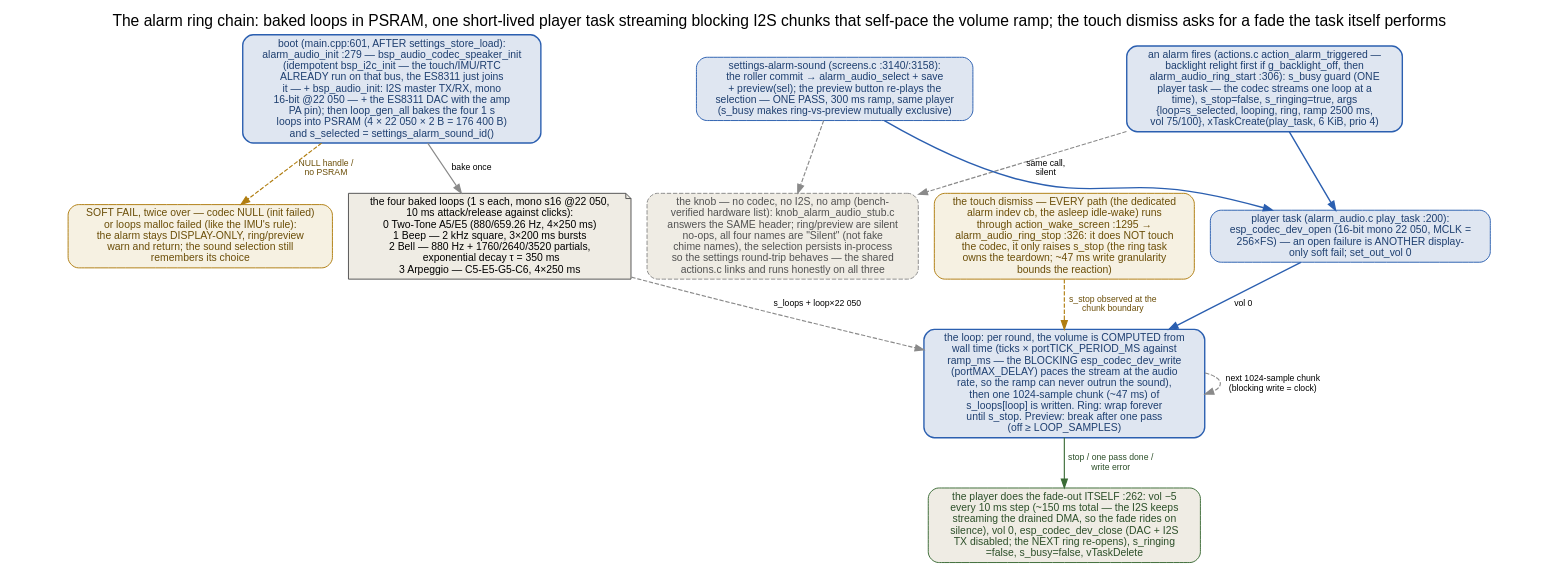
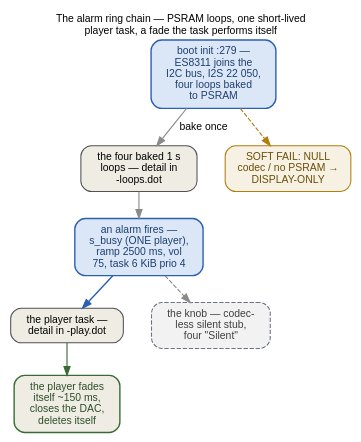
One commit to ukos-git/moon-clock-esp changed the diagram in docs/_graphs/alarm-audio.dot. Above: the diagram before and after it, drawn with Graphviz. The commit also changed 36 other files, not shown here.

First line of the commit message:
docs: sibling B13 completion snapshot — the packed small set rebuilt, closing the graph atlas

```diff
--- a/docs/_graphs/alarm-audio.dot
+++ b/docs/_graphs/alarm-audio.dot
@@ -1,63 +1,58 @@
-// The alarm ring chain (both AMOLED clocks; docs/ui/alarm.rst): the ES8311
-// codec + speaker amp behind bsp_audio_codec_speaker_init, the four baked
-// loops, the short-lived player task, the touch dismiss fade. Every edge
-// verified in components/ui/alarm_audio.c (:200 player, :279 init, :306
-// ring_start, :326 ring_stop, :333 preview), components/ui/actions.c
-// (action_alarm_triggered :1109, action_wake_screen :1295) and
-// components/ui/screens.c (the sound screen :3140-3160). The knob has no
-// codec at all: knob/components/knob_ui/knob_alarm_audio_stub.c answers the
-// same header with silent no-ops and four honest "Silent" names.
+// The alarm ring chain (both AMOLED clocks; docs/ui/alarm.rst) —
+// black-box view: baked loops in PSRAM, one short-lived player task
+// streaming blocking I2S chunks that self-pace the volume ramp; the
+// touch dismiss asks for a fade the task itself performs. Every edge
+// verified in components/ui/alarm_audio.c (:200 player, :279 init,
+// :306 ring_start, :326 ring_stop, :333 preview), components/ui/
+// actions.c (action_alarm_triggered :1109, action_wake_screen :1295)
+// and components/ui/screens.c (the sound screen :3140-3160). Boot:
+// main.cpp:601, AFTER settings_store_load — bsp_audio_codec_speaker_init
+// (idempotent bsp_i2c_init — the touch/IMU/RTC ALREADY run on that bus,
+// the ES8311 just joins it — + bsp_audio_init: I2S master TX/RX, mono
+// 16-bit @22 050 + the ES8311 DAC with the amp PA pin); loop_gen_all
+// bakes the four 1 s loops into PSRAM (4 x 22 050 x 2 B = 176 400 B)
+// and s_selected = settings_alarm_sound_id(). SOFT FAIL twice over —
+// codec NULL or loops malloc failed (the IMU's rule): the alarm stays
+// DISPLAY-ONLY, ring/preview warn and return, the sound selection still
+// remembers its choice. The knob has no codec at all:
+// knob/components/knob_ui/knob_alarm_audio_stub.c answers the same
+// header with silent no-ops and four honest "Silent" names. Details:
+// alarm-audio-loops.dot (the four loops) and alarm-audio-play.dot
+// (the player task + dismiss fade).
+// FONTS: 12 pt = the page's 16 px body text at 1:1 — kept inside the
+// content column.
 // Rendered inline as SVG by sphinx.ext.graphviz (dot on PATH).
 digraph alarm_audio {
-    label="The alarm ring chain: baked loops in PSRAM, one short-lived player task streaming blocking I2S chunks that self-pace the volume ramp; the touch dismiss asks for a fade the task itself performs";
-    labelloc="t";
-    fontname="Helvetica"; fontsize=18;
-    node [fontname="Helvetica", fontsize=12, style="rounded,filled",
-          shape=box, width=1.8, height=0.5,
-          fillcolor="#f2f2ef", color="#525252", penwidth=1.1];
-    edge [fontname="Helvetica", fontsize=10, color="#8a8a8a", penwidth=1.3];
+    rankdir=TB;
+    label="The alarm ring chain — PSRAM loops, one short-lived\nplayer task, a fade the task performs itself";
+    labelloc="t"; labeljust="c";
+    fontname="Helvetica"; fontsize=12;
+    graph [nodesep=0.45, ranksep=0.42];
+    node [fontname="Helvetica", fontsize=12, shape=box, style="rounded,filled",
+          width=0, height=0, margin="0.16,0.10", fillcolor="#f2f2ef",
+          color="#525252", penwidth=1.2];
+    edge [fontname="Helvetica", fontsize=12, color="#8a8a8a", penwidth=1.3];
 
-    boot_init [label="boot (main.cpp:601, AFTER settings_store_load):\nalarm_audio_init :279 — bsp_audio_codec_speaker_init\n(idempotent bsp_i2c_init — the touch/IMU/RTC\nALREADY run on that bus, the ES8311 just joins\nit — + bsp_audio_init: I2S master TX/RX, mono\n16-bit @22 050 — + the ES8311 DAC with the amp\nPA pin); then loop_gen_all bakes the four 1 s\nloops into PSRAM (4 × 22 050 × 2 B = 176 400 B)\nand s_selected = settings_alarm_sound_id()",
-                fillcolor="#dfe6f1", color="#2b5fb0", fontcolor="#1e3f70", penwidth=1.6];
+    init [label="boot init :279 —\nES8311 joins the\nI2C bus, I2S 22 050,\nfour loops baked\nto PSRAM",
+          fillcolor="#dbe7f6", color="#2b5fb0", fontcolor="#1e3f70", penwidth=1.6];
+    loops [label="the four baked 1 s\nloops — detail in\n-loops.dot",
+           fillcolor="#efece4"];
+    ring [label="an alarm fires —\ns_busy (ONE player),\nramp 2500 ms, vol\n75, task 6 KiB prio 4",
+          fillcolor="#dbe7f6", color="#2b5fb0", fontcolor="#1e3f70", penwidth=1.6];
+    play [label="the player task —\ndetail in -play.dot",
+          fillcolor="#efece4"];
+    fade [label="the player fades\nitself ~150 ms,\ncloses the DAC,\ndeletes itself",
+          fillcolor="#efece4", color="#3a6b35", fontcolor="#2c4f29", penwidth=1.6];
+    softfail [label="SOFT FAIL: NULL\ncodec / no PSRAM →\nDISPLAY-ONLY",
+              fillcolor="#f6f1e2", color="#b07d10", fontcolor="#6b4e08"];
+    knob [label="the knob — codec-\nless silent stub,\nfour \"Silent\"",
+          style="rounded,filled,dashed", fillcolor="#f2f2f2", color="#6b7280",
+          fontcolor="#3f3f3f"];
 
-    soft_fail [label="SOFT FAIL, twice over — codec NULL (init failed)\nor loops malloc failed (like the IMU's rule):\nthe alarm stays DISPLAY-ONLY, ring/preview\nwarn and return; the sound selection still\nremembers its choice",
-                  fillcolor="#f6f1e2", color="#b07d10", fontcolor="#6b4e08"];
-
-    loops [label="the four baked loops (1 s each, mono s16 @22 050,\n10 ms attack/release against clicks):\n0 Two-Tone A5/E5 (880/659.26 Hz, 4×250 ms)\n1 Beep — 2 kHz square, 3×200 ms bursts\n2 Bell — 880 Hz + 1760/2640/3520 partials,\n  exponential decay τ = 350 ms\n3 Arpeggio — C5-E5-G5-C6, 4×250 ms",
-             shape=note, fillcolor="#efece4"];
-
-    ring [label="an alarm fires (actions.c action_alarm_triggered —\nbacklight relight first if g_backlight_off, then\nalarm_audio_ring_start :306): s_busy guard (ONE\nplayer task — the codec streams one loop at a\ntime), s_stop=false, s_ringing=true, args\n{loop=s_selected, looping, ring, ramp 2500 ms,\nvol 75/100}, xTaskCreate(play_task, 6 KiB, prio 4)",
-           fillcolor="#dfe6f1", color="#2b5fb0", fontcolor="#1e3f70", penwidth=1.6];
-
-    preview [label="settings-alarm-sound (screens.c :3140/:3158):\nthe roller commit → alarm_audio_select + save\n+ preview(sel); the preview button re-plays the\nselection — ONE PASS, 300 ms ramp, same player\n(s_busy makes ring-vs-preview mutually exclusive)",
-                 fillcolor="#dfe6f1", color="#2b5fb0", fontcolor="#1e3f70"];
-
-    open [label="player task (alarm_audio.c play_task :200):\nesp_codec_dev_open (16-bit mono 22 050, MCLK =\n256×FS) — an open failure is ANOTHER display-\nonly soft fail; set_out_vol 0",
-          fillcolor="#dfe6f1", color="#2b5fb0", fontcolor="#1e3f70"];
-
-    stream [label="the loop: per round, the volume is COMPUTED from\nwall time (ticks × portTICK_PERIOD_MS against\nramp_ms — the BLOCKING esp_codec_dev_write\n(portMAX_DELAY) paces the stream at the audio\nrate, so the ramp can never outrun the sound),\nthen one 1024-sample chunk (~47 ms) of\ns_loops[loop] is written. Ring: wrap forever\nuntil s_stop. Preview: break after one pass\n(off ≥ LOOP_SAMPLES)",
-              fillcolor="#dfe6f1", color="#2b5fb0", fontcolor="#1e3f70", penwidth=1.6];
-
-    dismiss [label="the touch dismiss — EVERY path (the dedicated\nalarm indev cb, the asleep idle-wake) runs\nthrough action_wake_screen :1295 →\nalarm_audio_ring_stop :326: it does NOT touch\nthe codec, it only raises s_stop (the ring task\nowns the teardown; ~47 ms write granularity\nbounds the reaction)",
-                fillcolor="#f6f1e2", color="#b07d10", fontcolor="#6b4e08"];
-
-    fade [label="the player does the fade-out ITSELF :262: vol −5\nevery 10 ms step (~150 ms total — the I2S keeps\nstreaming the drained DMA, so the fade rides on\nsilence), vol 0, esp_codec_dev_close (DAC + I2S\nTX disabled; the NEXT ring re-opens), s_ringing\n=false, s_busy=false, vTaskDelete",
-            fillcolor="#efece4", color="#3a6b35", fontcolor="#2c4f29"];
-
-    knob_stub [label="the knob — no codec, no I2S, no amp (bench-\nverified hardware list): knob_alarm_audio_stub.c\nanswers the SAME header; ring/preview are silent\nno-ops, all four names are \"Silent\" (not fake\nchime names), the selection persists in-process\nso the settings round-trip behaves — the shared\nactions.c links and runs honestly on all three",
-                  fillcolor="#efece4", color="#8a8a8a", fontcolor="#525252", style="rounded,filled,dashed"];
-
-    boot_init -> loops [label="bake once"];
-    boot_init -> soft_fail [color="#b07d10", fontcolor="#6b4e08", style=dashed, label="NULL handle /\nno PSRAM"];
-    ring -> open [color="#2b5fb0", penwidth=1.6];
-    preview -> open [color="#2b5fb0", penwidth=1.6];
-    loops -> stream [style=dashed, label="s_loops + loop×22 050"];
-    open -> stream [color="#2b5fb0", penwidth=1.6, label="vol 0"];
-    stream -> stream [style=dashed, label="next 1024-sample chunk\n(blocking write = clock)"];
-    dismiss -> stream [color="#b07d10", fontcolor="#6b4e08", style=dashed, label="s_stop observed at the\nchunk boundary"];
-    stream -> fade [color="#3a6b35", fontcolor="#2c4f29", label="stop / one pass done /\nwrite error"];
-    ring -> knob_stub [style=dashed, color="#8a8a8a", label="same call,\nsilent"];
-    preview -> knob_stub [style=dashed, color="#8a8a8a"];
-
-    { rank=same; ring; preview; }
+    init -> loops [label="bake once"];
+    init -> softfail [style=dashed, color="#b07d10"];
+    loops -> ring;
+    ring -> play [color="#2b5fb0", penwidth=1.6];
+    play -> fade [color="#3a6b35", fontcolor="#2c4f29"];
+    ring -> knob [style=dashed];
 }
```
